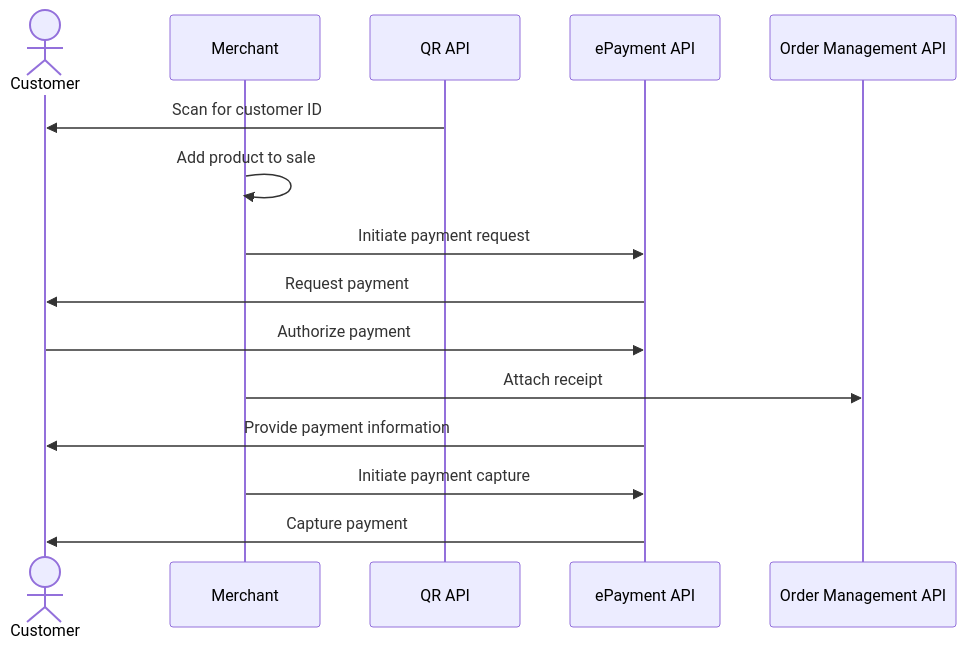
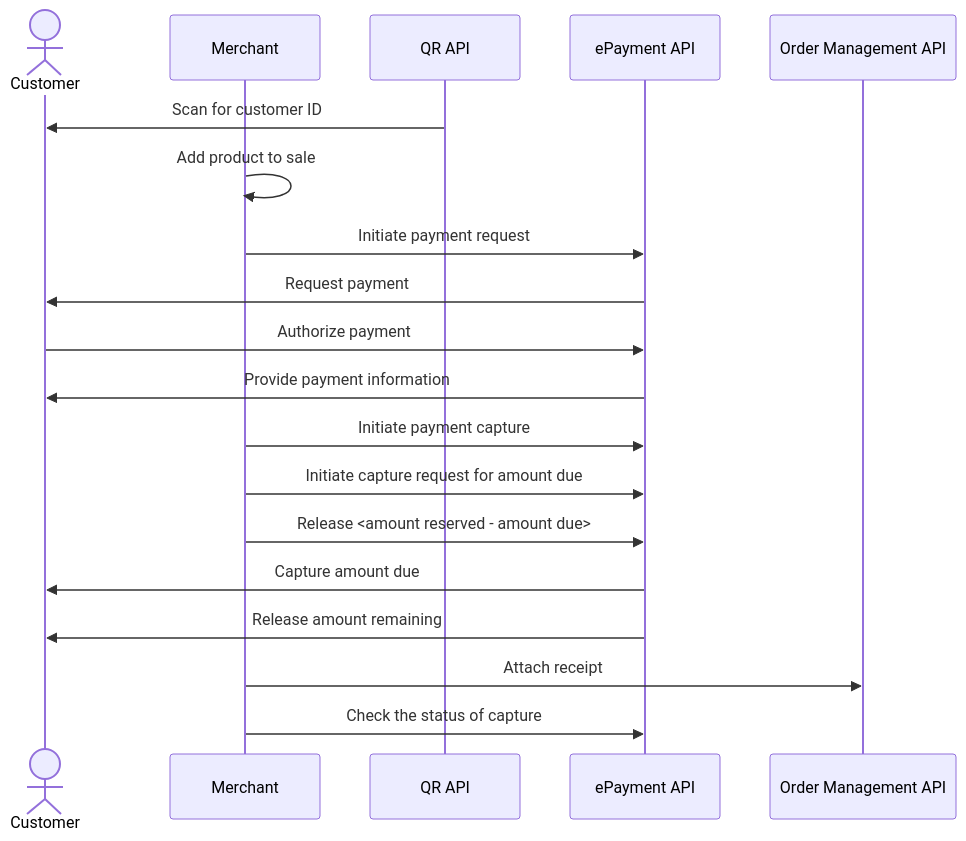
The diagram in vending-machines/qr-direct-to-payment-in-app.md (vippsas/vipps-solutions), drawn with Mermaid before and after one commit. The commit also changed other lines of this file and 18 other files, not shown here.

````diff
--- a/vending-machines/qr-direct-to-payment-in-app.md
+++ b/vending-machines/qr-direct-to-payment-in-app.md
@@ -55,18 +73,22 @@
 ``` mermaid
 sequenceDiagram
     actor C as Customer
     participant M as Merchant
     participant QR as QR API
     participant ePayment as ePayment API
     participant ordermanagement as Order Management API
     
     QR->>C: Scan for customer ID
     M->>M: Add product to sale
     M->>ePayment: Initiate payment request
     ePayment->>C: Request payment
     C->>ePayment: Authorize payment
-    M->> ordermanagement: Attach receipt
     ePayment->>C: Provide payment information
     M->>ePayment: Initiate payment capture
-    ePayment->>C: Capture payment
+    M->>ePayment: Initiate capture request for amount due
+    M->>ePayment: Release <amount reserved - amount due>
+    ePayment->>C: Capture amount due
+    ePayment->>C: Release amount remaining
+    M->> ordermanagement: Attach receipt
+    M->>ePayment: Check the status of capture
 ```
````
